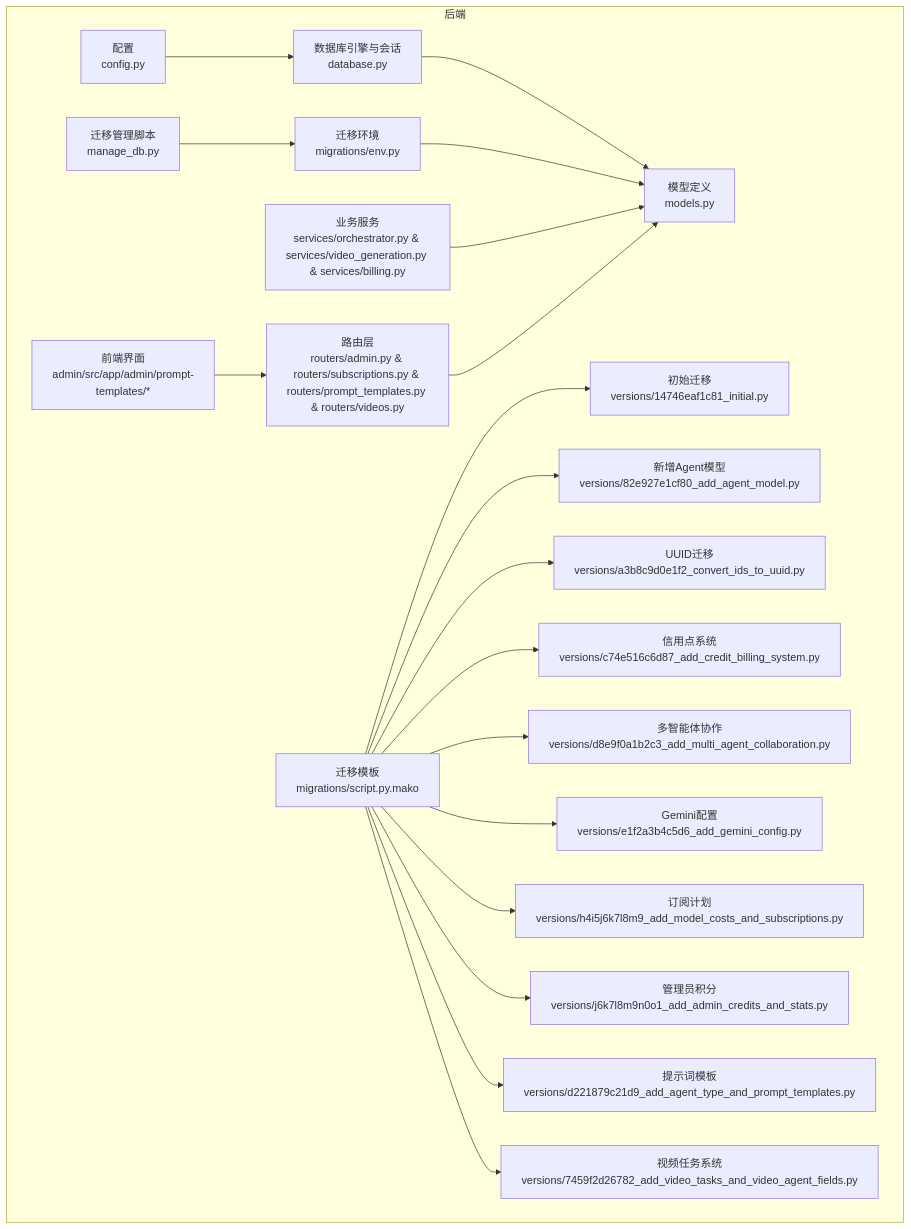
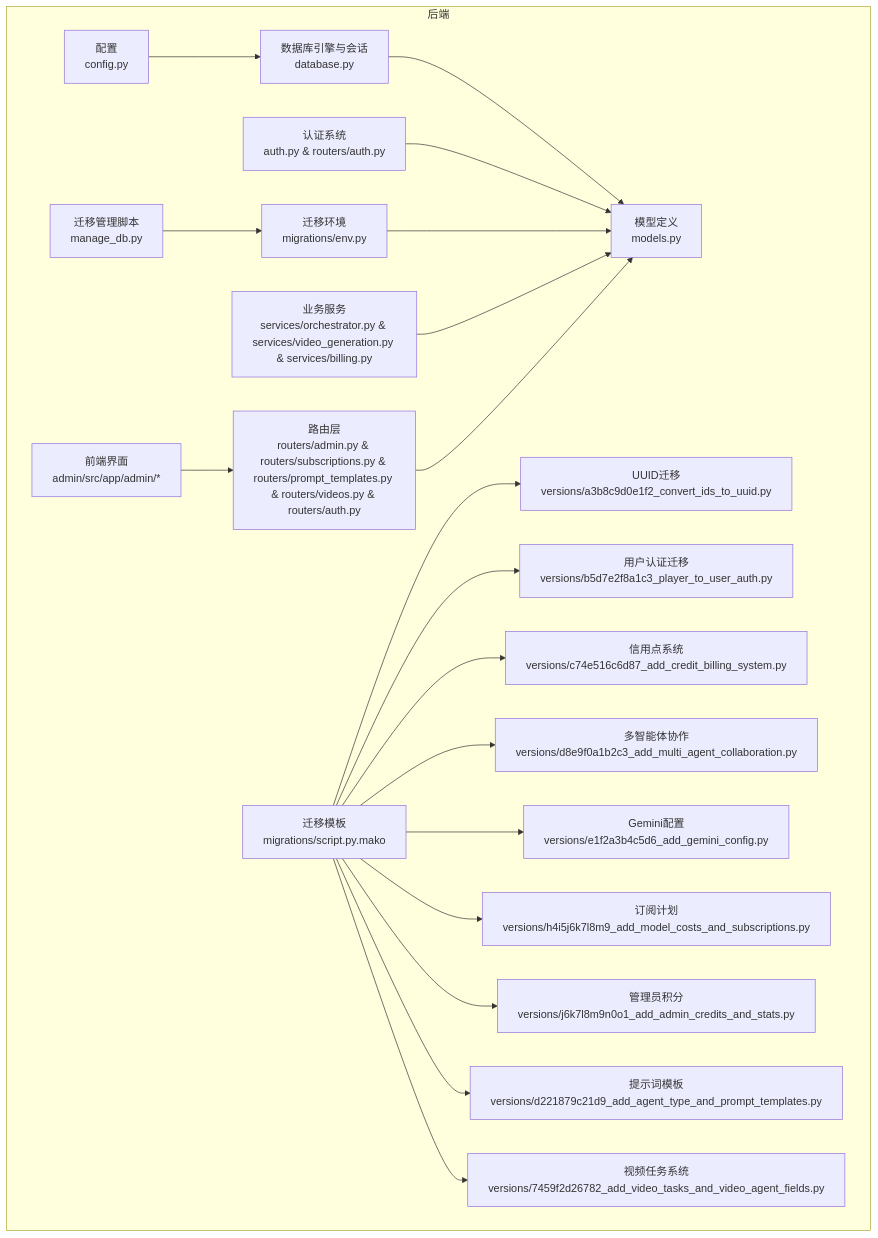
Before and after one commit to KunLabAI/KunFlix: the first of 5 diagrams in .qoder/repowiki/zh/content/后端开发指南/数据库模型设计.md, drawn with Mermaid. The commit also changed other lines of this file and 88 other files, not shown here.

````diff
--- a/.qoder/repowiki/zh/content/后端开发指南/数据库模型设计.md
+++ b/.qoder/repowiki/zh/content/后端开发指南/数据库模型设计.md
@@ -61,41 +68,41 @@
 ```mermaid
 graph TB
 subgraph "后端"
 CFG["配置<br/>config.py"]
 DB["数据库引擎与会话<br/>database.py"]
 MODELS["模型定义<br/>models.py"]
+AUTH["认证系统<br/>auth.py & routers/auth.py"]
 M_ENV["迁移环境<br/>migrations/env.py"]
 M_SCRIPT["迁移模板<br/>migrations/script.py.mako"]
-M_V1["初始迁移<br/>versions/14746eaf1c81_initial.py"]
-M_V2["新增Agent模型<br/>versions/82e927e1cf80_add_agent_model.py"]
-M_V3["UUID迁移<br/>versions/a3b8c9d0e1f2_convert_ids_to_uuid.py"]
+M_UUID["UUID迁移<br/>versions/a3b8c9d0e1f2_convert_ids_to_uuid.py"]
+M_USER["用户认证迁移<br/>versions/b5d7e2f8a1c3_player_to_user_auth.py"]
 M_CREDIT["信用点系统<br/>versions/c74e516c6d87_add_credit_billing_system.py"]
 M_MULTI["多智能体协作<br/>versions/d8e9f0a1b2c3_add_multi_agent_collaboration.py"]
 M_GEMINI["Gemini配置<br/>versions/e1f2a3b4c5d6_add_gemini_config.py"]
 M_SUB["订阅计划<br/>versions/h4i5j6k7l8m9_add_model_costs_and_subscriptions.py"]
 M_ADMIN["管理员积分<br/>versions/j6k7l8m9n0o1_add_admin_credits_and_stats.py"]
 M_PROMPT["提示词模板<br/>versions/d221879c21d9_add_agent_type_and_prompt_templates.py"]
 M_VIDEO["视频任务系统<br/>versions/7459f2d26782_add_video_tasks_and_video_agent_fields.py"]
 SVC["业务服务<br/>services/orchestrator.py & services/video_generation.py & services/billing.py"]
-ROUTERS["路由层<br/>routers/admin.py & routers/subscriptions.py & routers/prompt_templates.py & routers/videos.py"]
+ROUTERS["路由层<br/>routers/admin.py & routers/subscriptions.py & routers/prompt_templates.py & routers/videos.py & routers/auth.py"]
 MAN_DB["迁移管理脚本<br/>manage_db.py"]
-FRONTEND["前端界面<br/>admin/src/app/admin/prompt-templates/*"]
+FRONTEND["前端界面<br/>admin/src/app/admin/*"]
 end
 CFG --> DB
 DB --> MODELS
+AUTH --> MODELS
 M_ENV --> MODELS
-M_SCRIPT --> M_V1
-M_SCRIPT --> M_V2
-M_SCRIPT --> M_V3
+M_SCRIPT --> M_UUID
+M_SCRIPT --> M_USER
 M_SCRIPT --> M_CREDIT
 M_SCRIPT --> M_MULTI
 M_SCRIPT --> M_GEMINI
 M_SCRIPT --> M_SUB
 M_SCRIPT --> M_ADMIN
 M_SCRIPT --> M_PROMPT
 M_SCRIPT --> M_VIDEO
 SVC --> MODELS
 ROUTERS --> MODELS
 MAN_DB --> M_ENV
 FRONTEND --> ROUTERS
 ```
````
